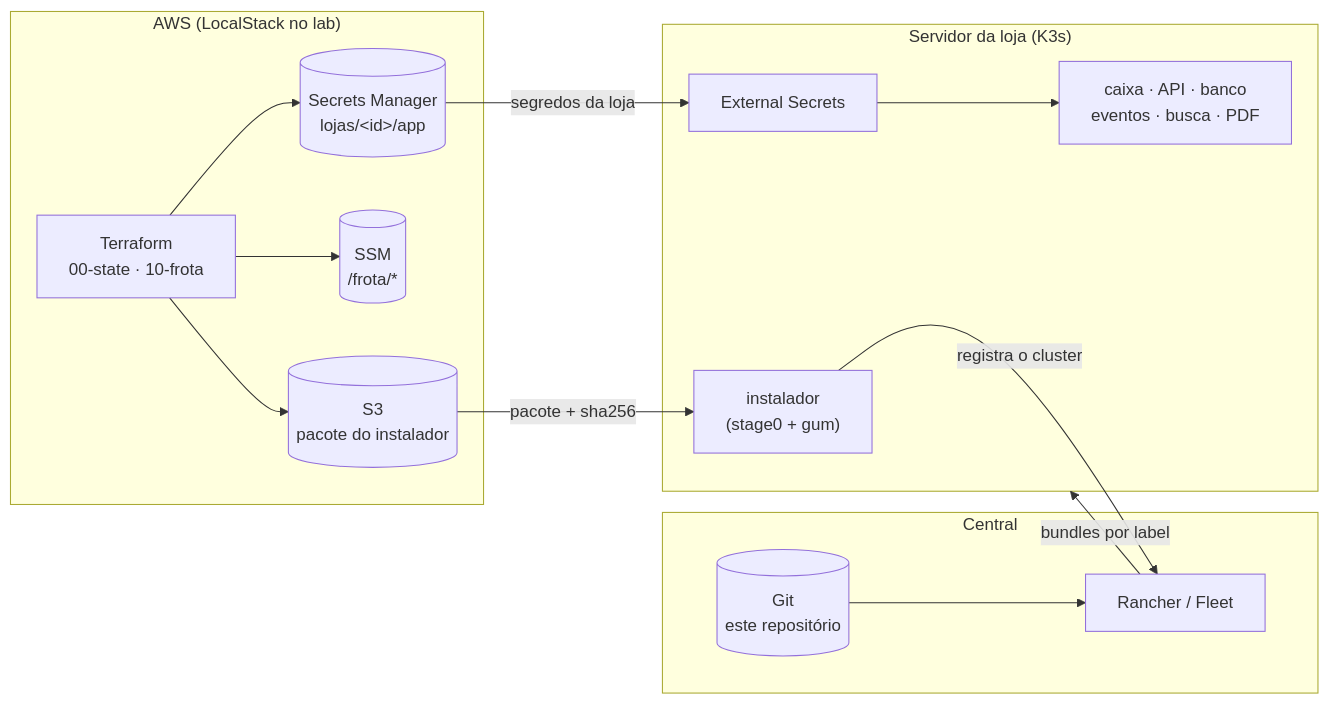
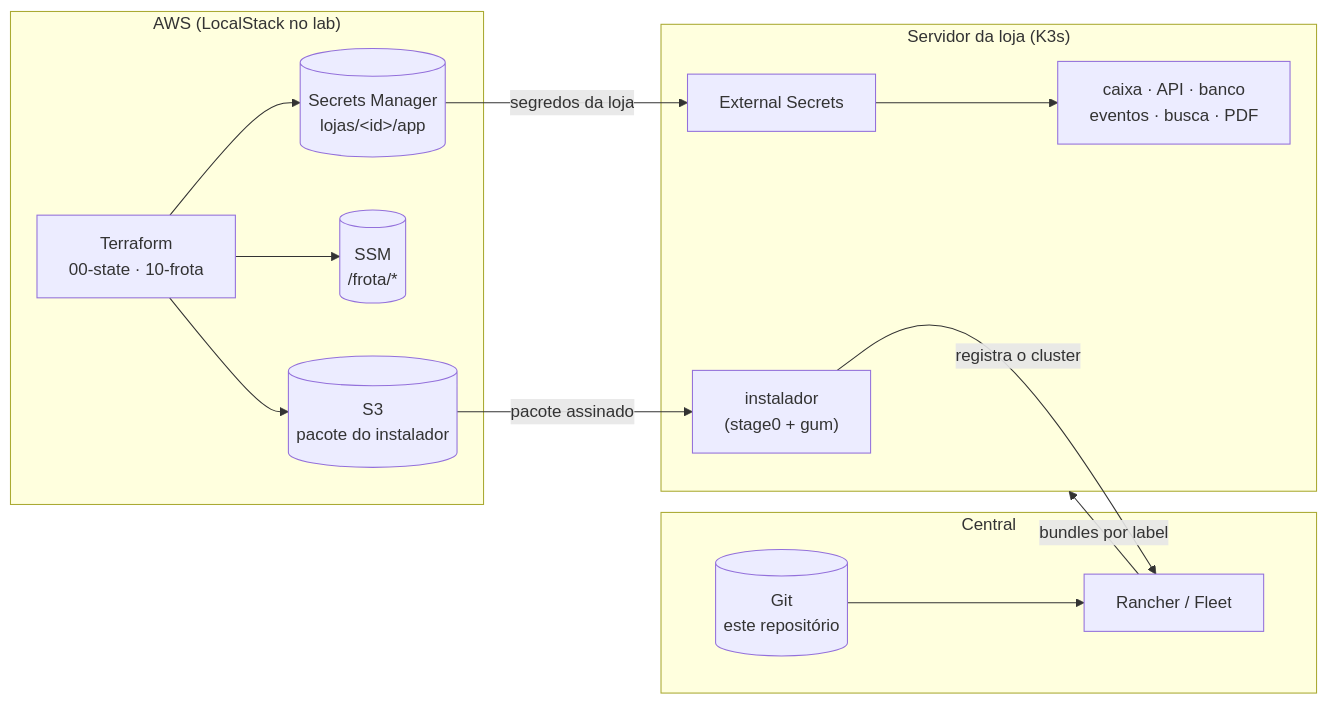
The first of 2 diagrams in README.md (omatheusgit/k3s-gitops-edge), drawn with Mermaid before and after one commit. The commit also changed other lines of this file and 14 other files, not shown here.

````diff
--- a/README.md
+++ b/README.md
@@ -46,27 +46,27 @@
 ```mermaid
 flowchart LR
     subgraph aws["AWS (LocalStack no lab)"]
         tf["Terraform<br/>00-state · 10-frota"]
         sm[("Secrets Manager<br/>lojas/&lt;id&gt;/app")]
         ssm[("SSM<br/>/frota/*")]
         s3[("S3<br/>pacote do instalador")]
         tf --> sm & ssm & s3
     end
 
     subgraph central["Central"]
         fleet["Rancher / Fleet"]
         git[("Git<br/>este repositório")]
         git --> fleet
     end
 
     subgraph loja["Servidor da loja (K3s)"]
         inst["instalador<br/>(stage0 + gum)"]
         eso["External Secrets"]
         apps["caixa · API · banco<br/>eventos · busca · PDF"]
     end
 
-    s3 -- "pacote + sha256" --> inst
+    s3 -- "pacote assinado" --> inst
     inst -- "registra o cluster" --> fleet
     fleet -- "bundles por label" --> loja
     sm -- "segredos da loja" --> eso --> apps
 ```
````
